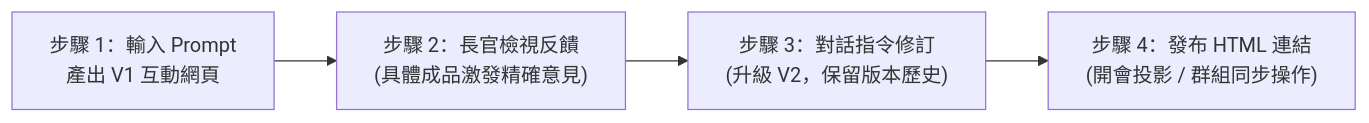
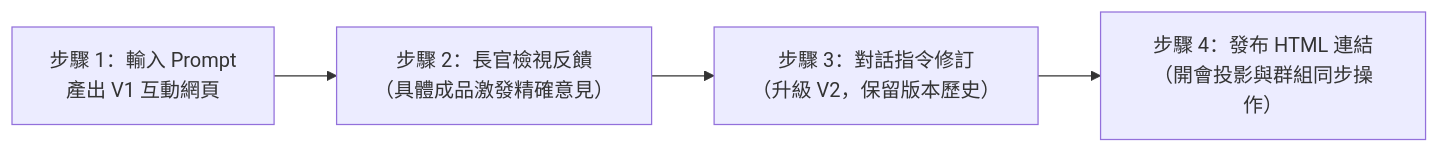
Before and after one commit to roberthsu2003/workflow-productivity: the second of 3 diagrams in Claude_ai/Artifacts/README.md, drawn with Mermaid. The commit also changed other lines of this file, not shown here.

````diff
--- a/Claude_ai/Artifacts/README.md
+++ b/Claude_ai/Artifacts/README.md
@@ -89,6 +89,6 @@
 ```mermaid
 graph LR
-    A["步驟 1：輸入 Prompt<br/>產出 V1 互動網頁"] --> B["步驟 2：長官檢視反饋<br/>(具體成品激發精確意見)"]
-    B --> C["步驟 3：對話指令修訂<br/>(升級 V2，保留版本歷史)"]
-    C --> D["步驟 4：發布 HTML 連結<br/>(開會投影 / 群組同步操作)"]
+    A["步驟 1：輸入 Prompt<br/>產出 V1 互動網頁"] --> B["步驟 2：長官檢視反饋<br/>（具體成品激發精確意見）"]
+    B --> C["步驟 3：對話指令修訂<br/>（升級 V2，保留版本歷史）"]
+    C --> D["步驟 4：發布 HTML 連結<br/>（開會投影與群組同步操作）"]
 ```
````
